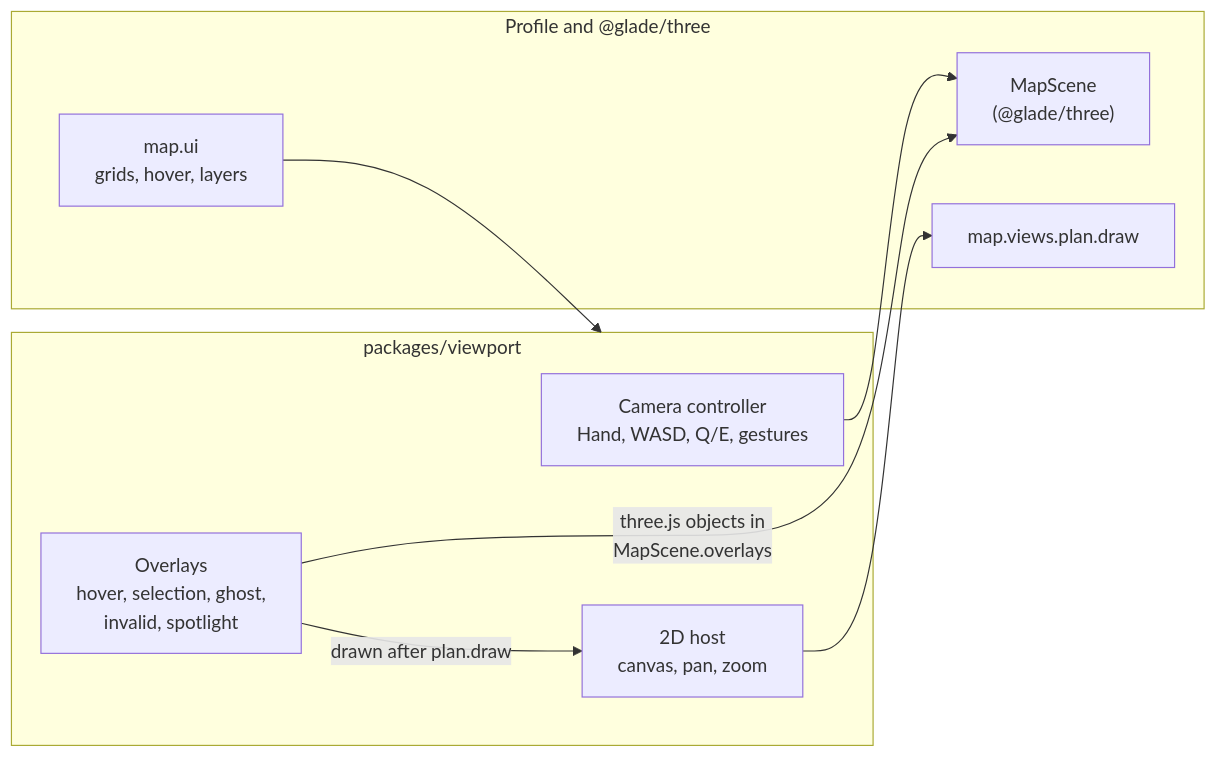
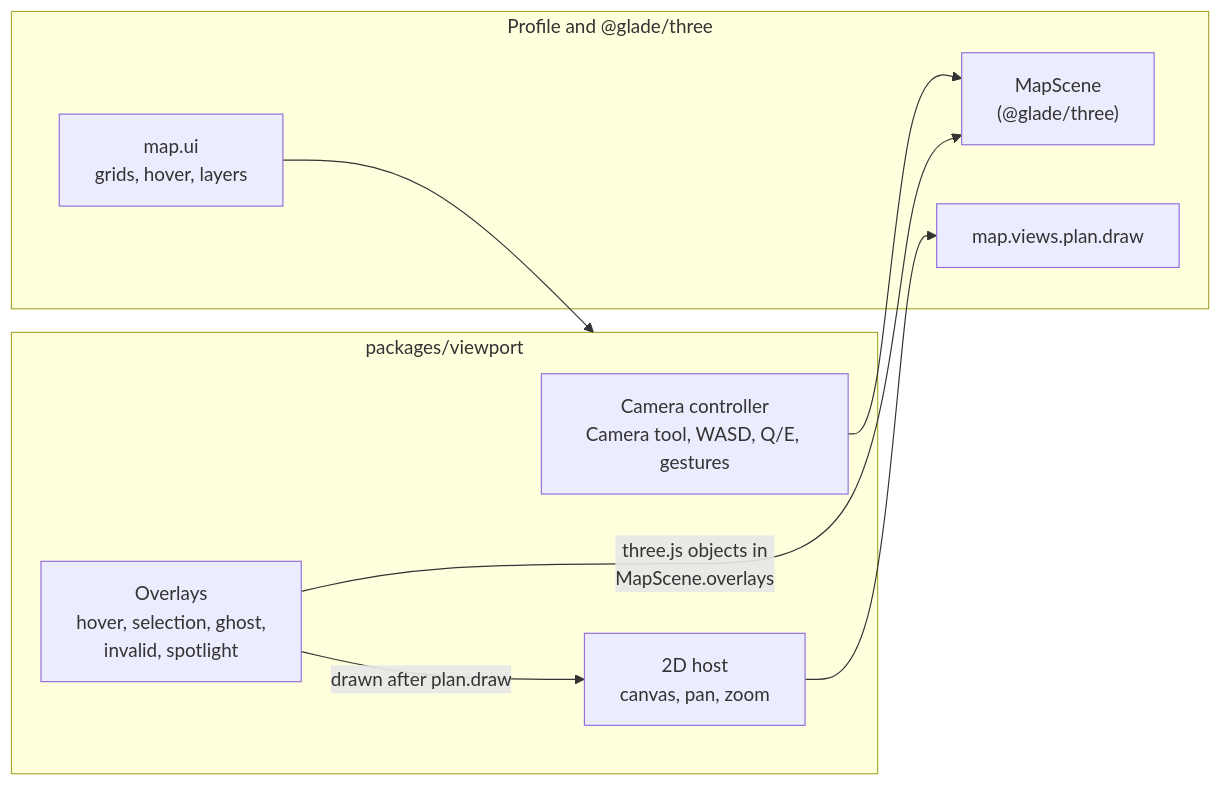
One commit to UmushiUmushi/Glade changed the second of 3 diagrams in docs/planner/internals.md. Above: the diagram before and after it, drawn with Mermaid. The commit also changed other lines of this file and 15 other files, not shown here.

````diff
--- a/docs/planner/internals.md
+++ b/docs/planner/internals.md
@@ -87,18 +87,18 @@
 ```mermaid
 flowchart LR
     subgraph VP["packages/viewport"]
-        Cam["Camera controller<br/>Hand, WASD, Q/E, gestures"]
+        Cam["Camera controller<br/>Camera tool, WASD, Q/E, gestures"]
         Ov["Overlays<br/>hover, selection, ghost,<br/>invalid, spotlight"]
         P2["2D host<br/>canvas, pan, zoom"]
     end
     subgraph Prof["Profile and @glade/three"]
         MS["MapScene<br/>(@glade/three)"]
         Plan["map.views.plan.draw"]
         UI["map.ui<br/>grids, hover, layers"]
     end
     Cam --> MS
     Ov -- "three.js objects in<br/>MapScene.overlays" --> MS
     P2 --> Plan
     Ov -- "drawn after plan.draw" --> P2
     UI --> VP
 ```
````
